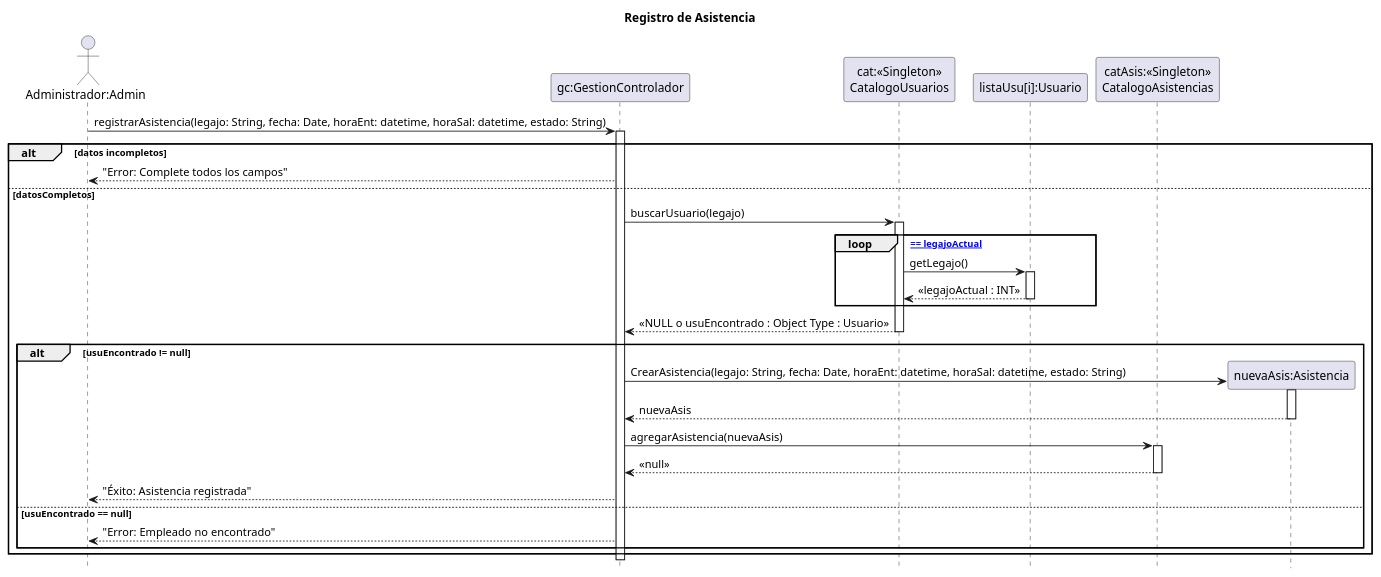
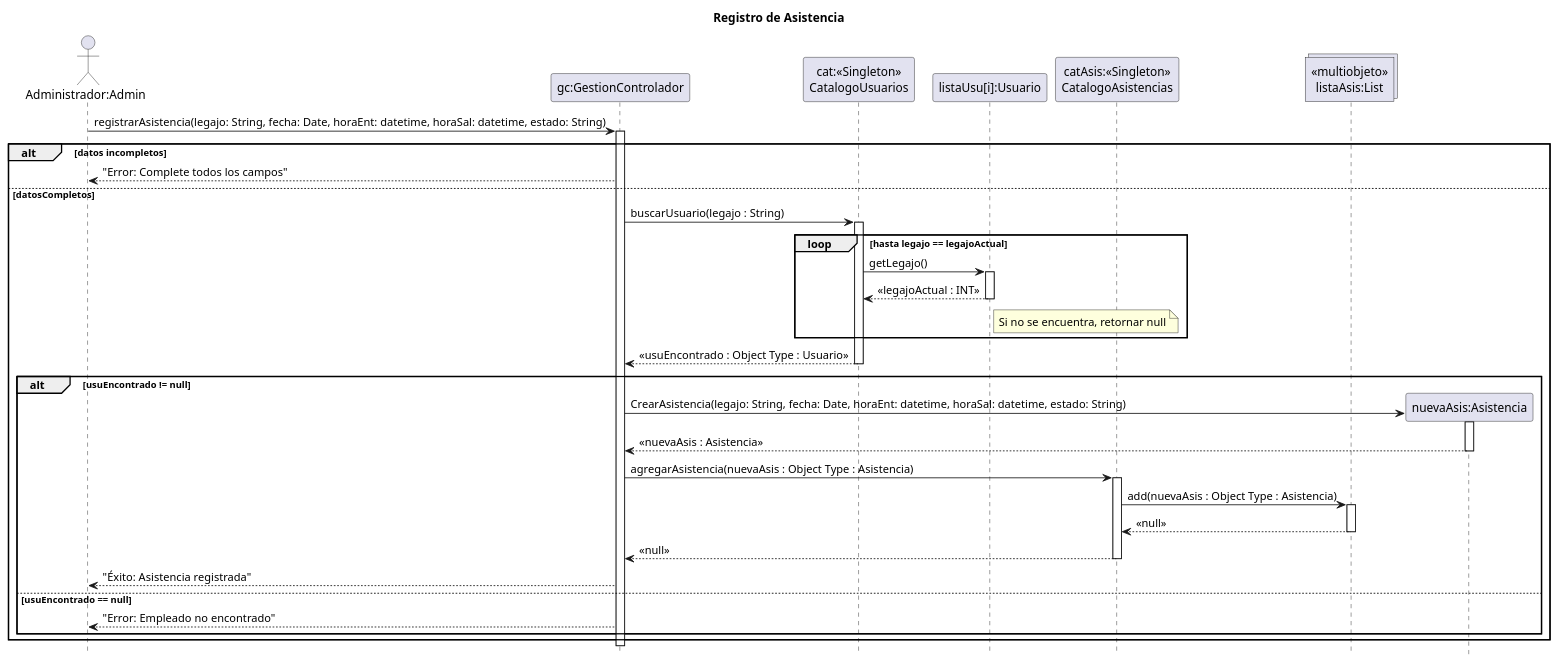
Before and after one commit to zEzequR/PF-I: the diagram in 08 - Diagramas de Secuencia de Diseño/AsistenciaEmpleados/asistenciaEmpleados.puml, drawn with PlantUML. The commit also changed 17 other files, not shown here.

```diff
--- a/08 - Diagramas de Secuencia de Diseño/AsistenciaEmpleados/asistenciaEmpleados.puml
+++ b/08 - Diagramas de Secuencia de Diseño/AsistenciaEmpleados/asistenciaEmpleados.puml
@@ -1,53 +1,63 @@
 @startuml
 title Registro de Asistencia
 
 hide footbox
 
 actor "Administrador:Admin" as admin
 participant "gc:GestionControlador" as ctrl
 participant "cat:<<Singleton>>\nCatalogoUsuarios" as cat
 participant "listaUsu[i]:Usuario" as item
 participant "catAsis:<<Singleton>>\nCatalogoAsistencias" as cat_asis
+collections "<<multiobjeto>>\nlistaAsis:List" as lista_asis
 
 admin -> ctrl : registrarAsistencia(legajo: String, fecha: Date, horaEnt: datetime, horaSal: datetime, estado: String)
 activate ctrl
 
 alt datos incompletos
     ctrl --> admin : "Error: Complete todos los campos"
 else datosCompletos
     
-    ctrl -> cat : buscarUsuario(legajo)
+    ctrl -> cat : buscarUsuario(legajo : String)
     activate cat
     
-    loop [legajo == legajoActual]
+    loop hasta legajo == legajoActual
         cat -> item : getLegajo()
         activate item
-        item --> cat : << legajoActual : INT >>
+        item --> cat : <<legajoActual : INT>>
+        
+        note right of item : Si no se encuentra, retornar null
+        
         deactivate item
     end
     
-    cat --> ctrl : << NULL o usuEncontrado : Object Type : Usuario >>
+    cat --> ctrl : <<usuEncontrado : Object Type : Usuario>>
     deactivate cat
     
     alt usuEncontrado != null
         
         create participant "nuevaAsis:Asistencia" as nueva_asis
         ctrl -> nueva_asis : CrearAsistencia(legajo: String, fecha: Date, horaEnt: datetime, horaSal: datetime, estado: String)
         activate nueva_asis
-        nueva_asis --> ctrl : nuevaAsis
+        nueva_asis --> ctrl : <<nuevaAsis : Asistencia>>
         deactivate nueva_asis
 
-        ctrl -> cat_asis : agregarAsistencia(nuevaAsis)
+        ctrl -> cat_asis : agregarAsistencia(nuevaAsis : Object Type : Asistencia)
         activate cat_asis
-        cat_asis --> ctrl : << null >> 
+        
+        cat_asis -> lista_asis : add(nuevaAsis : Object Type : Asistencia)
+        activate lista_asis
+        lista_asis --> cat_asis : <<null>>
+        deactivate lista_asis
+        
+        cat_asis --> ctrl : <<null>> 
         deactivate cat_asis
         
         ctrl --> admin : "Éxito: Asistencia registrada"
 
     else usuEncontrado == null
         ctrl --> admin : "Error: Empleado no encontrado"
     end
 end
 
 deactivate ctrl
 @enduml
```
